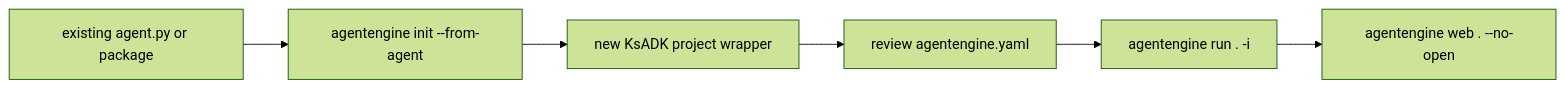
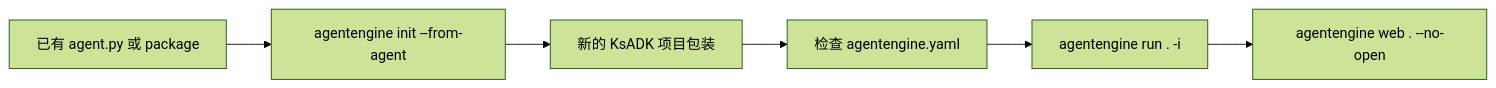
The diagram in public-docs/tutorials/existing-agent.md (kingsoftcloud/ksadk-python), drawn with Mermaid (forest theme) before and after one commit. The commit also changed other lines of this file and 107 other files, not shown here.

````diff
--- a/public-docs/tutorials/existing-agent.md
+++ b/public-docs/tutorials/existing-agent.md
@@ -8,8 +7,8 @@
 ```mermaid
 flowchart LR
-  Source["existing agent.py or package"] --> Import["agentengine init --from-agent"]
-  Import --> Wrapper["new KsADK project wrapper"]
-  Wrapper --> Review["review agentengine.yaml"]
+  Source["已有 agent.py 或 package"] --> Import["agentengine init --from-agent"]
+  Import --> Wrapper["新的 KsADK 项目包装"]
+  Wrapper --> Review["检查 agentengine.yaml"]
   Review --> Run["agentengine run . -i"]
   Run --> Web["agentengine web . --no-open"]
 ```
````
